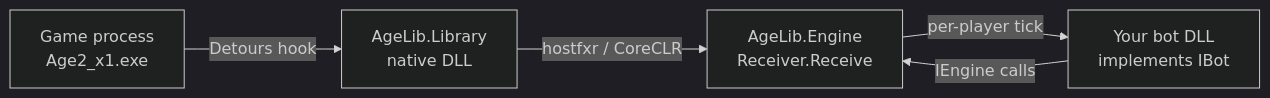
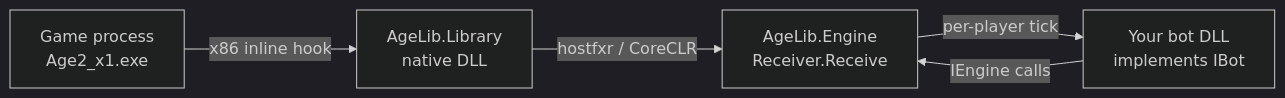
Before and after one commit to 01010100b/AgeLib: the diagram in README.md, drawn with Mermaid (dark theme). The commit also changed other lines of this file and 4 other files, not shown here.

````diff
--- a/README.md
+++ b/README.md
@@ -9,7 +9,7 @@
 ```mermaid
 flowchart LR
-    A[Game process<br/>Age2_x1.exe] -- Detours hook --> B[AgeLib.Library<br/>native DLL]
+    A[Game process<br/>Age2_x1.exe] -- x86 inline hook --> B[AgeLib.Library<br/>native DLL]
     B -- hostfxr / CoreCLR --> C[AgeLib.Engine<br/>Receiver.Receive]
     C -- per-player tick --> D[Your bot DLL<br/>implements IBot]
     D -- IEngine calls --> C
 ```
````
